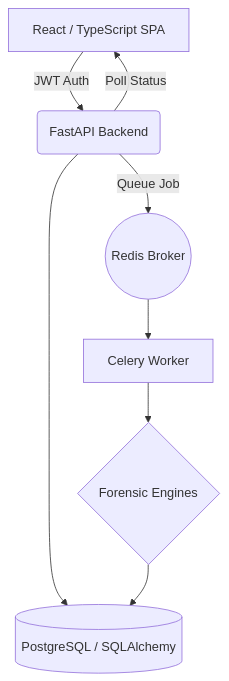
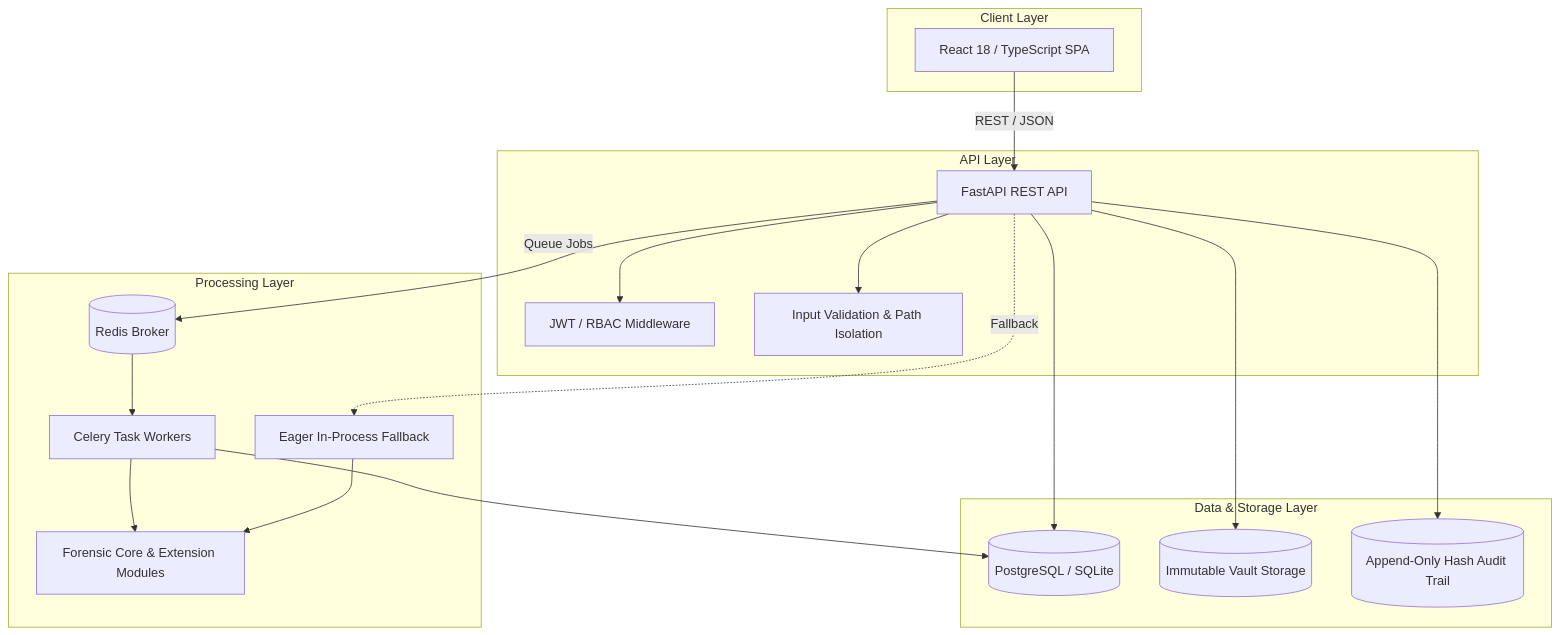
One commit to kharbashpriyanshu/ForenSight changed the second of 2 diagrams in README.md. Above: the diagram before and after it, drawn with Mermaid. The commit also changed other lines of this file and 2 other files, not shown here.

````diff
--- a/README.md
+++ b/README.md
@@ -36,10 +87,38 @@
 ```mermaid
 graph TD
-    UI[React / TypeScript SPA] -->|JWT Auth| API(FastAPI Backend)
-    API --> DB[(PostgreSQL / SQLAlchemy)]
-    API --> |Queue Job| Redis((Redis Broker))
-    Redis --> Worker[Celery Worker]
-    Worker --> Engines{Forensic Engines}
-    Engines --> DB
-    API --> |Poll Status| UI
+    subgraph Client Layer
+        UI[React 18 / TypeScript SPA]
+    end
+
+    subgraph API Layer
+        API[FastAPI REST API]
+        Auth[JWT / RBAC Middleware]
+        Guard[Input Validation & Path Isolation]
+    end
+
+    subgraph Processing Layer
+        Broker[(Redis Broker)]
+        Worker[Celery Task Workers]
+        Fallback[Eager In-Process Fallback]
+        Engines[Forensic Core & Extension Modules]
+    end
+
+    subgraph Data & Storage Layer
+        DB[(PostgreSQL / SQLite)]
+        Storage[(Immutable Vault Storage)]
+        Audit[(Append-Only Hash Audit Trail)]
+    end
+
+    UI -->|REST / JSON| API
+    API --> Auth
+    API --> Guard
+    API -->|Queue Jobs| Broker
+    Broker --> Worker
+    API -.->|Fallback| Fallback
+    Worker --> Engines
+    Fallback --> Engines
+    API --> DB
+    Worker --> DB
+    API --> Storage
+    API --> Audit
 ```
````
